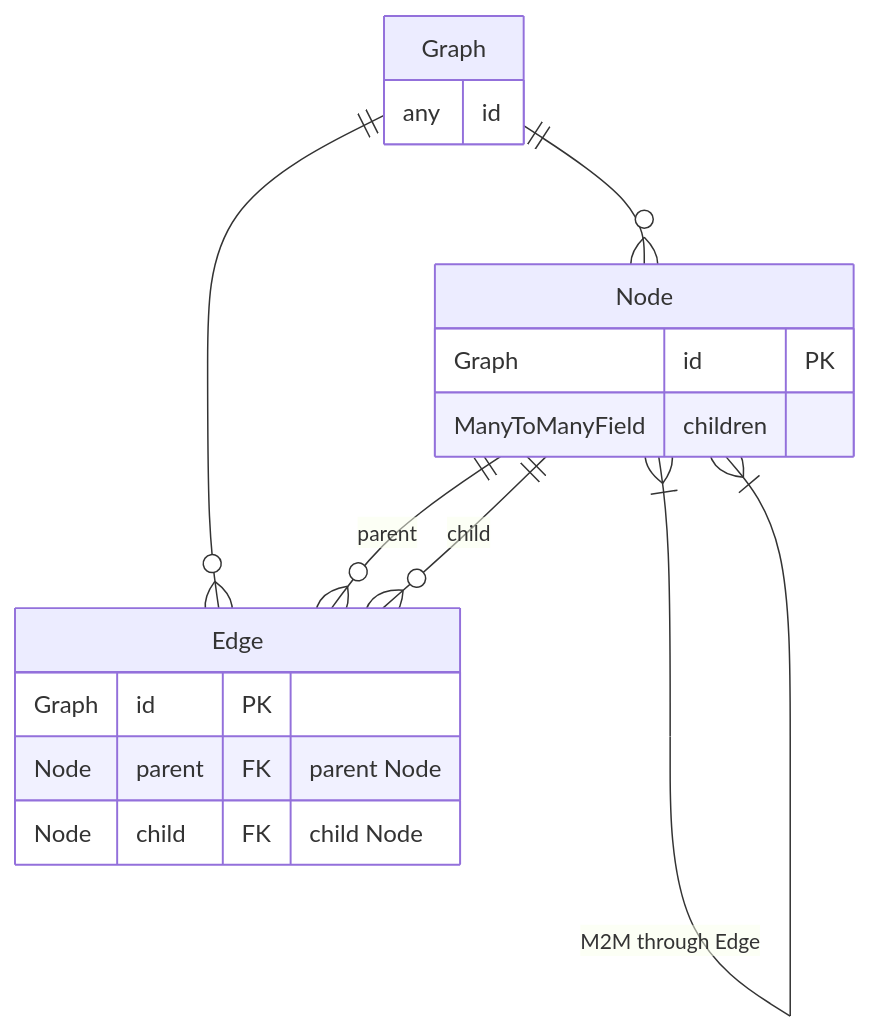
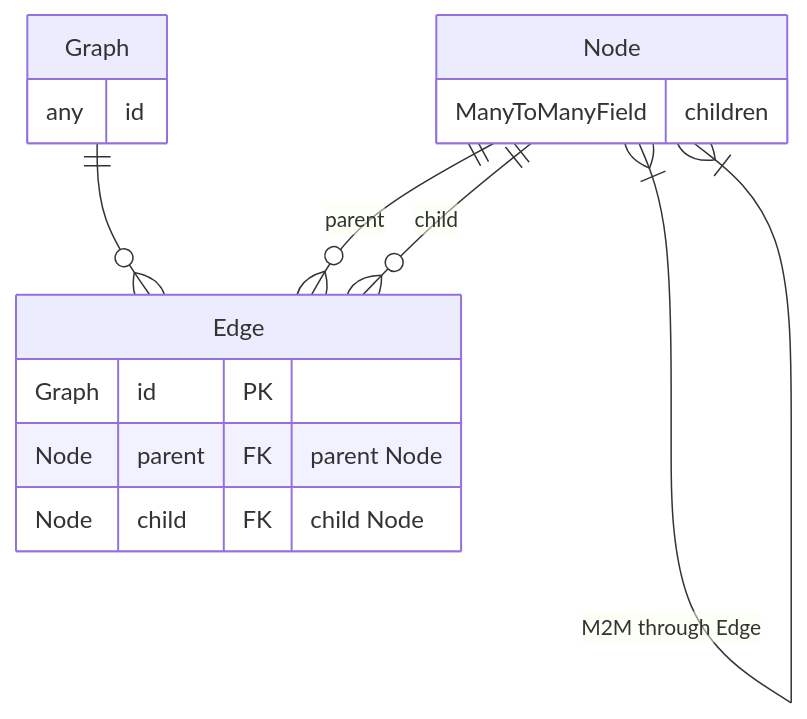
Before and after one commit to OmenApps/django-directed: the diagram in docs/usage.md, drawn with Mermaid. The commit also changed other lines of this file and 1 other file, not shown here.

````diff
--- a/docs/usage.md
+++ b/docs/usage.md
@@ -19,21 +19,19 @@
 ```{mermaid}
 erDiagram
     Graph {
         any id
     }
     Node {
-        Graph id PK
         ManyToManyField children
     }
     Edge {
         Graph id PK
         Node parent FK "parent Node"
         Node child FK "child Node"
     }
 
-    Graph ||--o{ Node : ""
     Graph ||--o{ Edge : ""
     Node ||--o{ Edge : parent
     Node ||--o{ Edge : child
     Node }|--|{ Node : "M2M through Edge"
 ```
````
